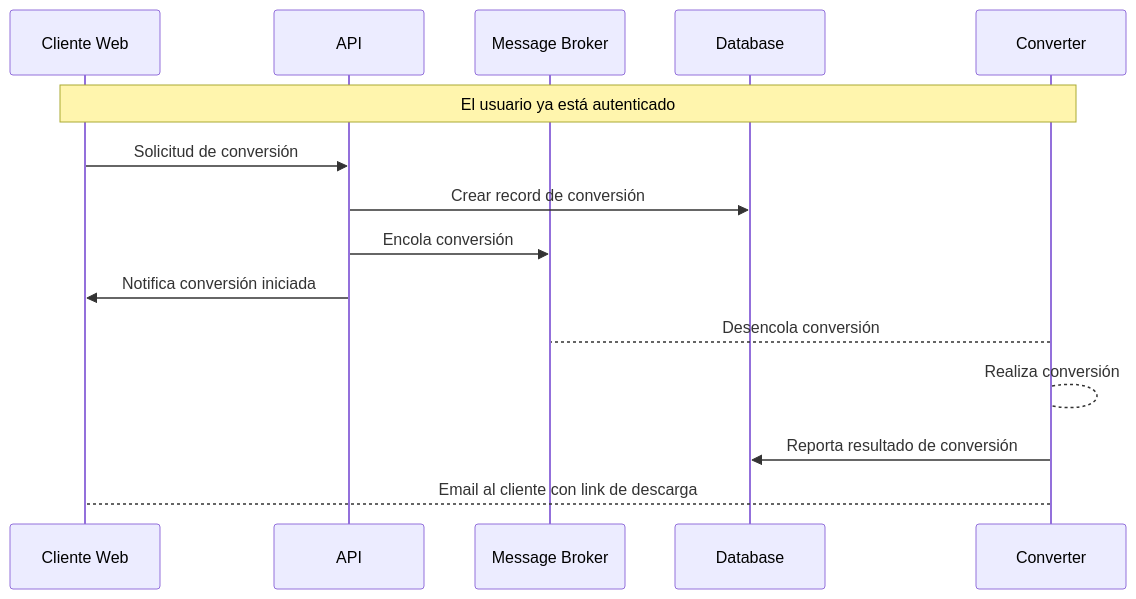
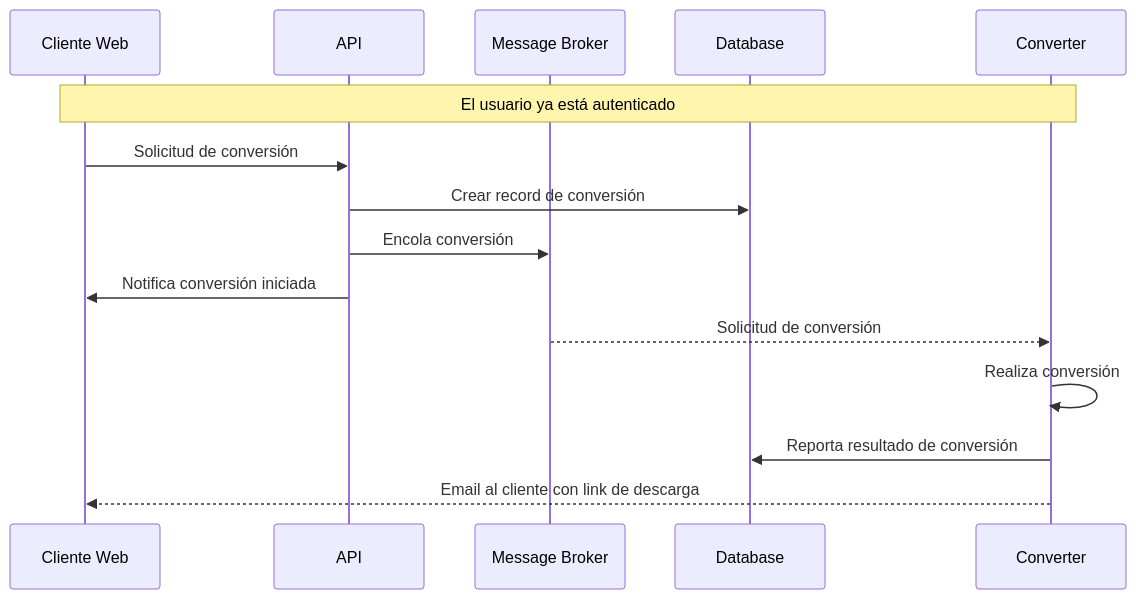
One commit to muniter/uni_cloud_convert changed the second of 4 diagrams in README.md. Above: the diagram before and after it, drawn with Mermaid. The commit also changed other lines of this file and 1 other file, not shown here.

````diff
--- a/README.md
+++ b/README.md
@@ -66,19 +66,19 @@
 ```mermaid
 sequenceDiagram
   participant cli as Cliente Web
   participant api as API
   participant mb as Message Broker
   participant db as Database
   participant co as Converter
 
   Note over cli,co: El usuario ya está autenticado
 
   cli->>api: Solicitud de conversión
   api->>db: Crear record de conversión
   api->>mb: Encola conversión
   api->>cli: Notifica conversión iniciada
-  co-->mb: Desencola conversión
-  co-->co: Realiza conversión
+  mb-->>co: Solicitud de conversión
+  co->>co: Realiza conversión
   co->>db: Reporta resultado de conversión
-  co-->cli: Email al cliente con link de descarga
+  co-->>cli: Email al cliente con link de descarga
 ```
````
